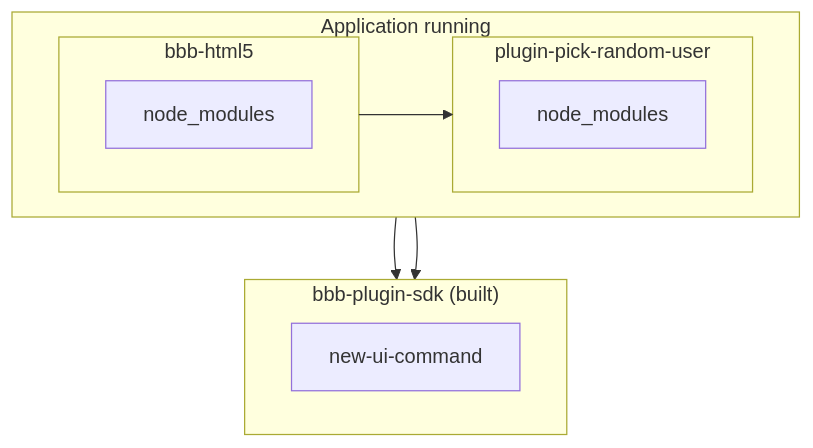
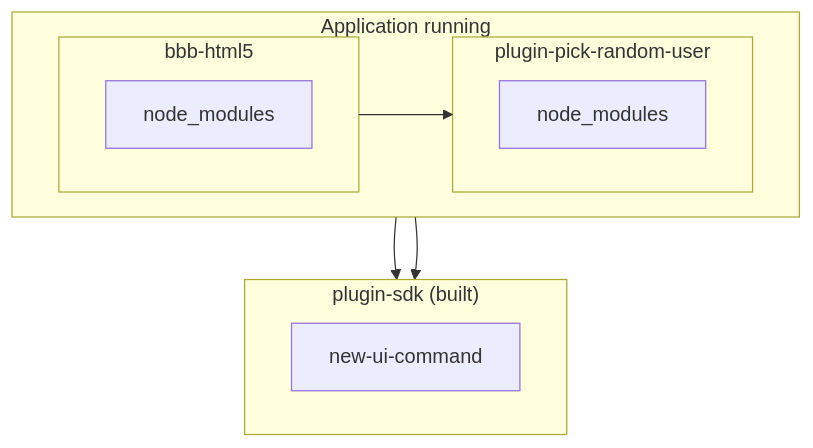
The second of 2 diagrams in README.md (bigbluebutton/bigbluebutton-html-plugin-sdk), drawn with Mermaid before and after one commit. The commit also changed other lines of this file, not shown here.

Commit message:
[develop-sdk-guides] correcting typos and enhancing clarity

````diff
--- a/README.md
+++ b/README.md
@@ -369,27 +369,27 @@
 ```mermaid
 graph TB
   %% SDK Box
-  subgraph SDK["bbb-plugin-sdk (built)"]
+  subgraph SDK["plugin-sdk (built)"]
     A1[new-ui-command]
   end
 
   %% Application Box
   subgraph App[Application running]
     direction LR
 
     %% HTML5 Box
     subgraph HTML5[bbb-html5]
       B1[node_modules]
     end
 
     %% Plugin Box
     subgraph Plugin[plugin-pick-random-user]
       C1[node_modules]
     end
 
     HTML5 --> Plugin
   end
 
   %% Link from plugin to html5
   B1 & C1 --> SDK 
 ```
````
